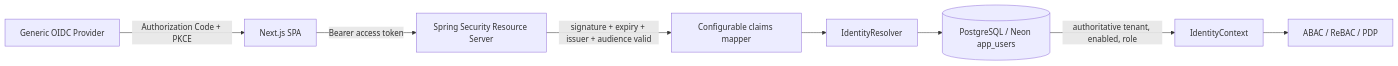
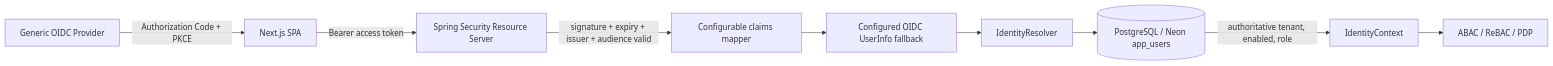
Before and after one commit to imvaibhavm/ai-iam-gateway: the third of 8 diagrams in docs/ARCHITECTURE_HLD_LLD.md, drawn with Mermaid. The commit also changed other lines of this file and 24 other files, not shown here.

````diff
--- a/docs/ARCHITECTURE_HLD_LLD.md
+++ b/docs/ARCHITECTURE_HLD_LLD.md
@@ -65,10 +67,11 @@
 ```mermaid
 flowchart LR
     IdP[Generic OIDC Provider] -->|Authorization Code + PKCE| SPA[Next.js SPA]
     SPA -->|Bearer access token| ResourceServer[Spring Security Resource Server]
     ResourceServer -->|signature + expiry + issuer + audience valid| Mapper[Configurable claims mapper]
-    Mapper --> Resolver[IdentityResolver]
+    Mapper --> UserInfo[Configured OIDC UserInfo fallback]
+    UserInfo --> Resolver[IdentityResolver]
     Resolver --> Users[(PostgreSQL / Neon app_users)]
     Users -->|authoritative tenant, enabled, role| Context[IdentityContext]
     Context --> PDP[ABAC / ReBAC / PDP]
 ```
````
